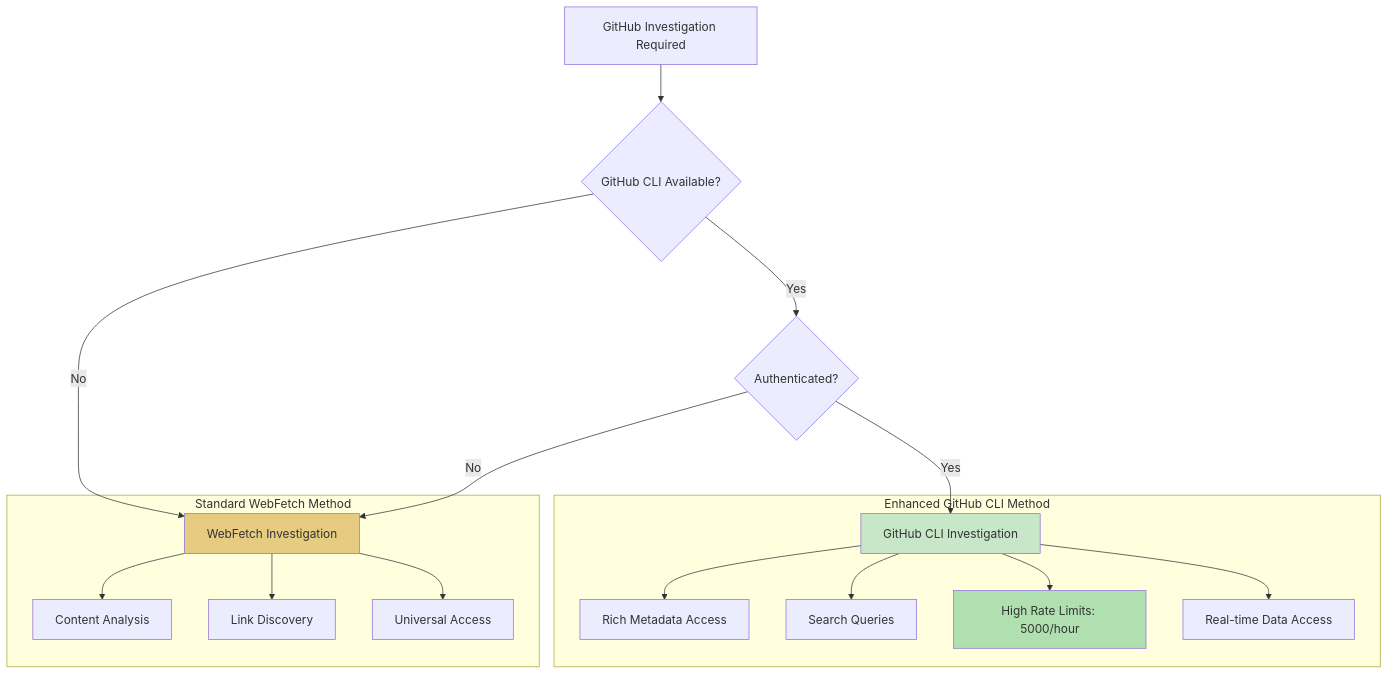
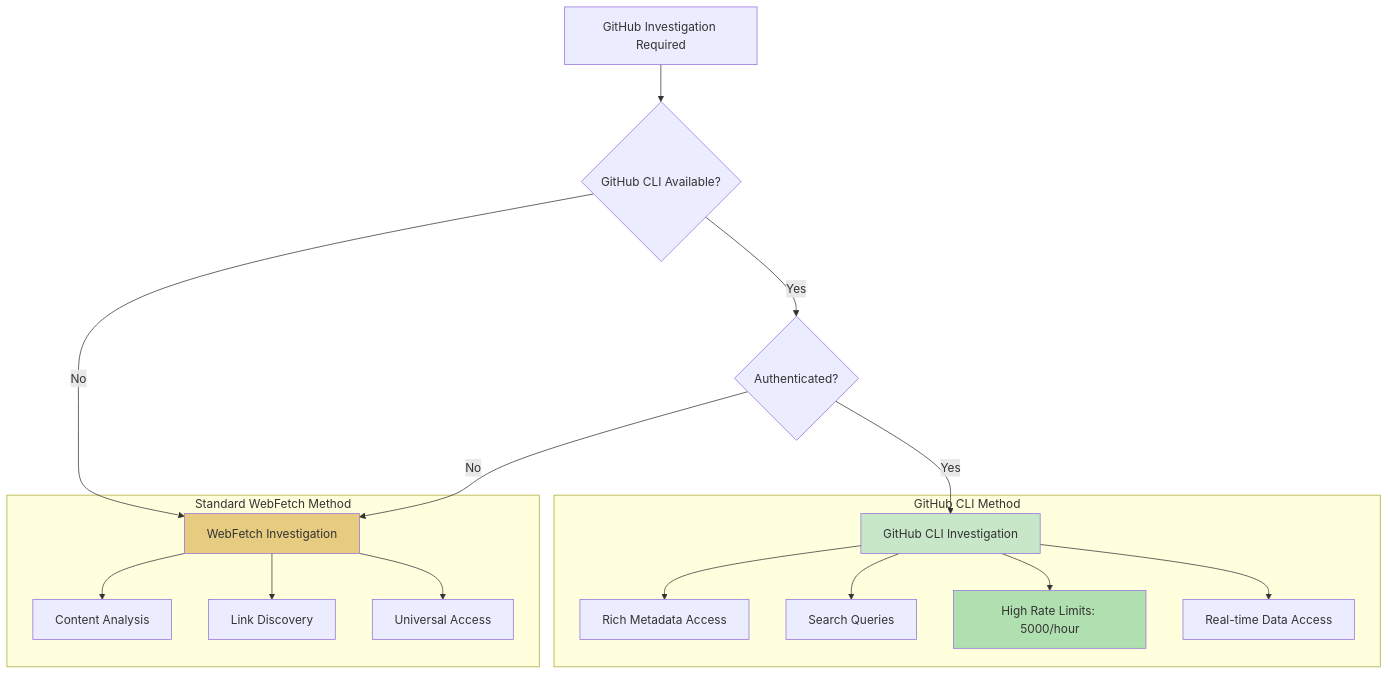
Before and after one commit to stolostron/ai-test-gen: diagram 16 of 26 in apps/claude-test-generator/docs/framework-workflow-details.md, drawn with Mermaid. The commit also changed other lines of this file and 64 other files, not shown here.

````diff
--- a/apps/claude-test-generator/docs/framework-workflow-details.md
+++ b/apps/claude-test-generator/docs/framework-workflow-details.md
@@ -1082,40 +1004,40 @@
 ```mermaid
 flowchart TD
     START[GitHub Investigation Required]
     CHECK_CLI{GitHub CLI Available?}
     CHECK_AUTH{Authenticated?}
     
-    subgraph "Enhanced GitHub CLI Method"
+    subgraph "GitHub CLI Method"
         CLI[GitHub CLI Investigation]
         RICH[Rich Metadata Access]
         ADVANCED[Search Queries]
         LIMITS[High Rate Limits: 5000/hour]
         REALTIME[Real-time Data Access]
     end
     
     subgraph "Standard WebFetch Method"
         WEBFETCH[WebFetch Investigation]
         CONTENT[Content Analysis]
         DISCOVERY[Link Discovery]
         UNIVERSAL[Universal Access]
     end
     
     START --> CHECK_CLI
     CHECK_CLI -->|Yes| CHECK_AUTH
     CHECK_CLI -->|No| WEBFETCH
     CHECK_AUTH -->|Yes| CLI
     CHECK_AUTH -->|No| WEBFETCH
     
     CLI --> RICH
     CLI --> ADVANCED
     CLI --> LIMITS
     CLI --> REALTIME
     
     WEBFETCH --> CONTENT
     WEBFETCH --> DISCOVERY
     WEBFETCH --> UNIVERSAL
     
     style CLI fill:#c8e6c8
     style WEBFETCH fill:#e6cc80
     style LIMITS fill:#b0e0b0
 ```
````
